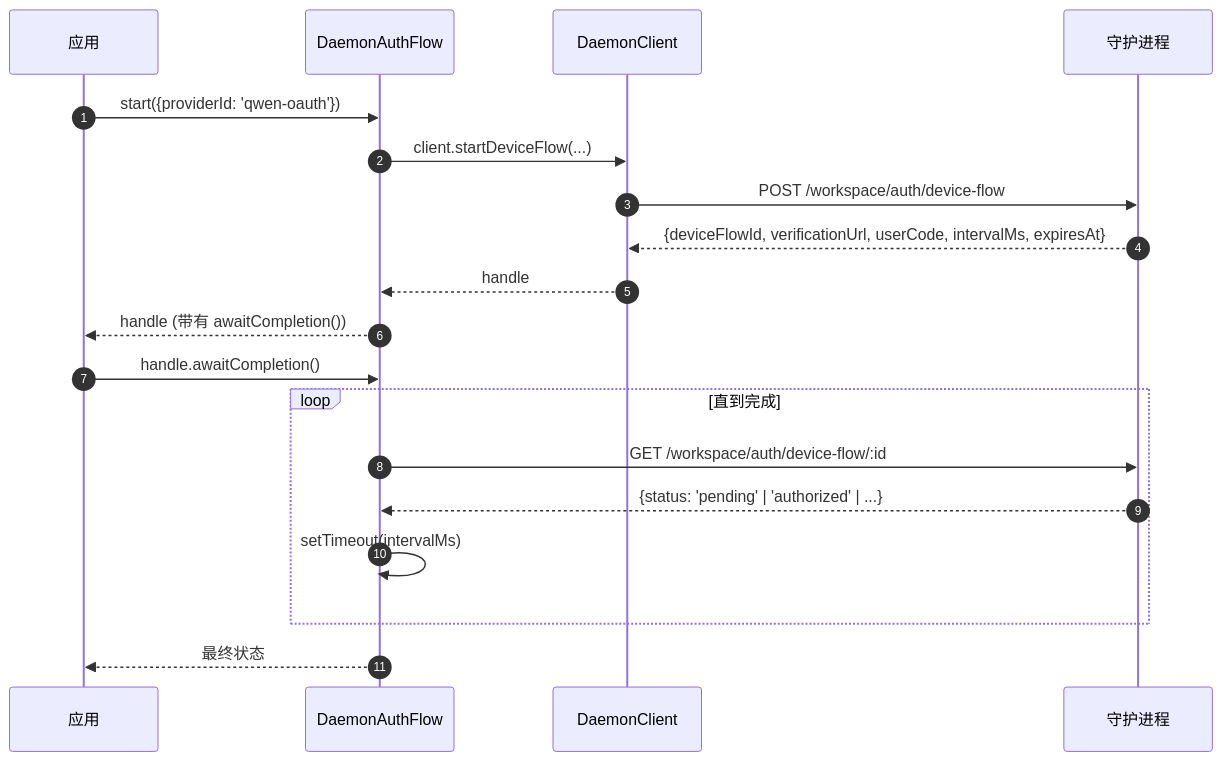
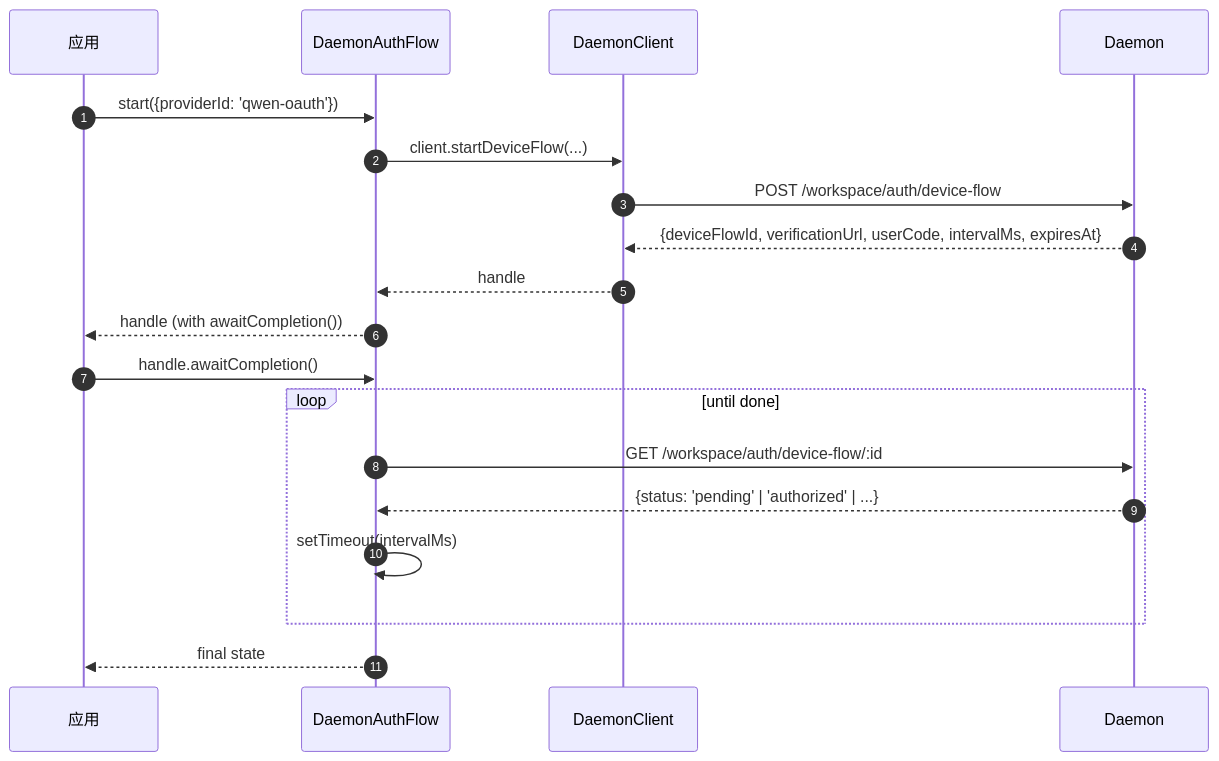
One commit to QwenLM/qwen-code-docs changed the third of 3 diagrams in website/content/zh/developers/daemon/13-sdk-daemon-client.md. Above: the diagram before and after it, drawn with Mermaid. The commit also changed other lines of this file and 162 other files, not shown here.

````diff
--- a/website/content/zh/developers/daemon/13-sdk-daemon-client.md
+++ b/website/content/zh/developers/daemon/13-sdk-daemon-client.md
@@ -181,22 +181,22 @@
 ```mermaid
 sequenceDiagram
     autonumber
     participant App as 应用
     participant AF as DaemonAuthFlow
     participant DC as DaemonClient
-    participant D as 守护进程
+    participant D as Daemon
 
     App->>AF: start({providerId: 'qwen-oauth'})
     AF->>DC: client.startDeviceFlow(...)
     DC->>D: POST /workspace/auth/device-flow
     D-->>DC: {deviceFlowId, verificationUrl, userCode, intervalMs, expiresAt}
     DC-->>AF: handle
-    AF-->>App: handle (带有 awaitCompletion())
+    AF-->>App: handle (with awaitCompletion())
     App->>AF: handle.awaitCompletion()
-    loop 直到完成
+    loop until done
         AF->>D: GET /workspace/auth/device-flow/:id
         D-->>AF: {status: 'pending' | 'authorized' | ...}
         AF->>AF: setTimeout(intervalMs)
     end
-    AF-->>App: 最终状态
+    AF-->>App: final state
 ```
````
